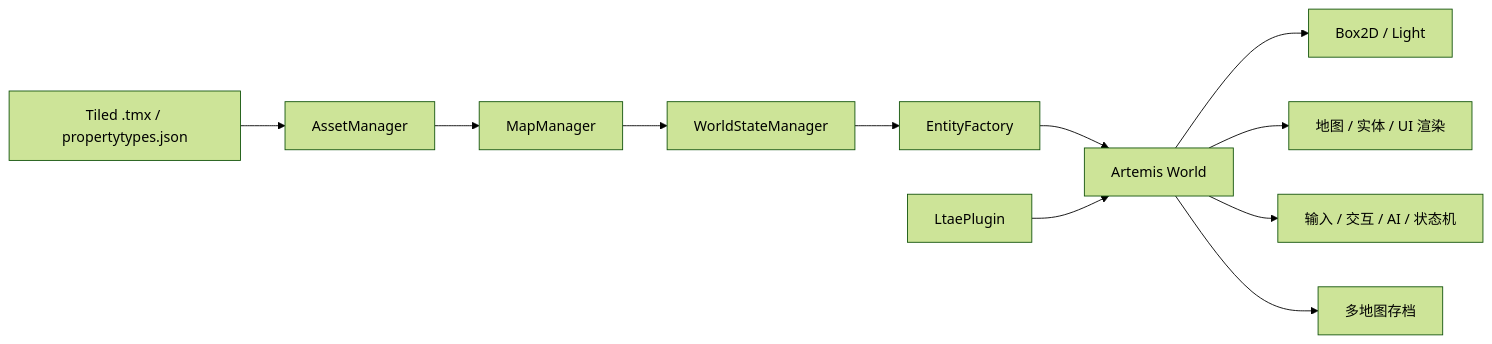
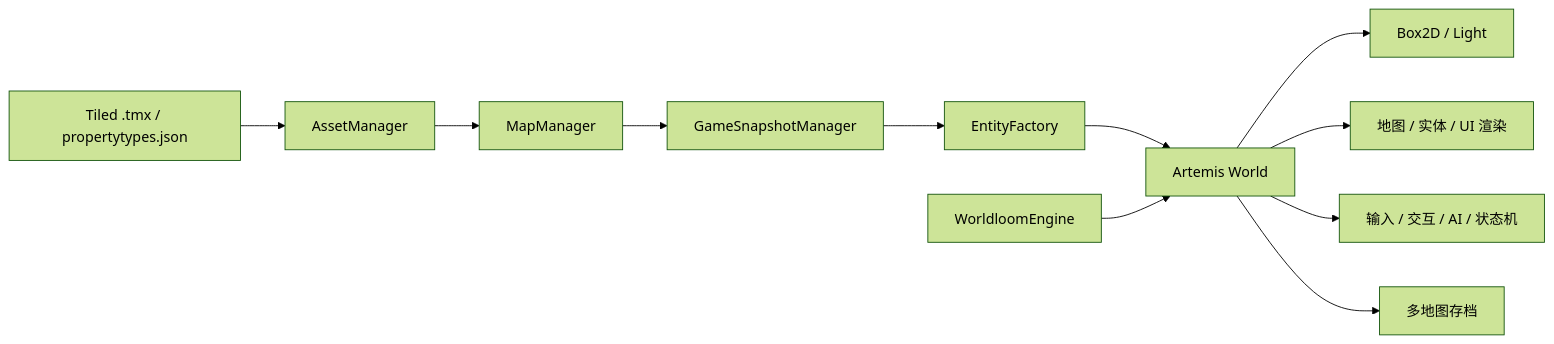
Before and after one commit to IteratingSystem/LTAE: the first of 2 diagrams in README.md, drawn with Mermaid (forest theme). The commit also changed other lines of this file and 296 other files, not shown here.

````diff
--- a/README.md
+++ b/README.md
@@ -34,13 +34,13 @@
 ```mermaid
 flowchart LR
     Tiled["Tiled .tmx / propertytypes.json"] --> Asset["AssetManager"]
     Asset --> Map["MapManager"]
-    Map --> State["WorldStateManager"]
+    Map --> State["GameSnapshotManager"]
     State --> Factory["EntityFactory"]
     Factory --> ECS["Artemis World"]
-    Plugin["LtaePlugin"] --> ECS
+    Runtime["WorldloomEngine"] --> ECS
     ECS --> Physics["Box2D / Light"]
     ECS --> Render["地图 / 实体 / UI 渲染"]
     ECS --> Logic["输入 / 交互 / AI / 状态机"]
     ECS --> Save["多地图存档"]
 ```
````
